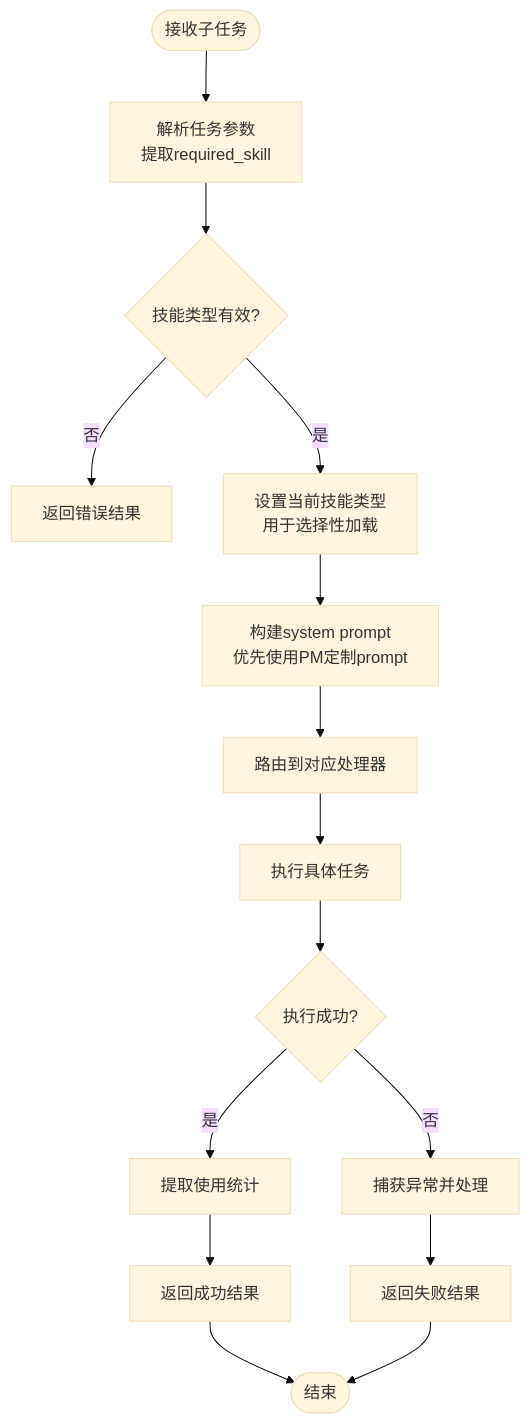
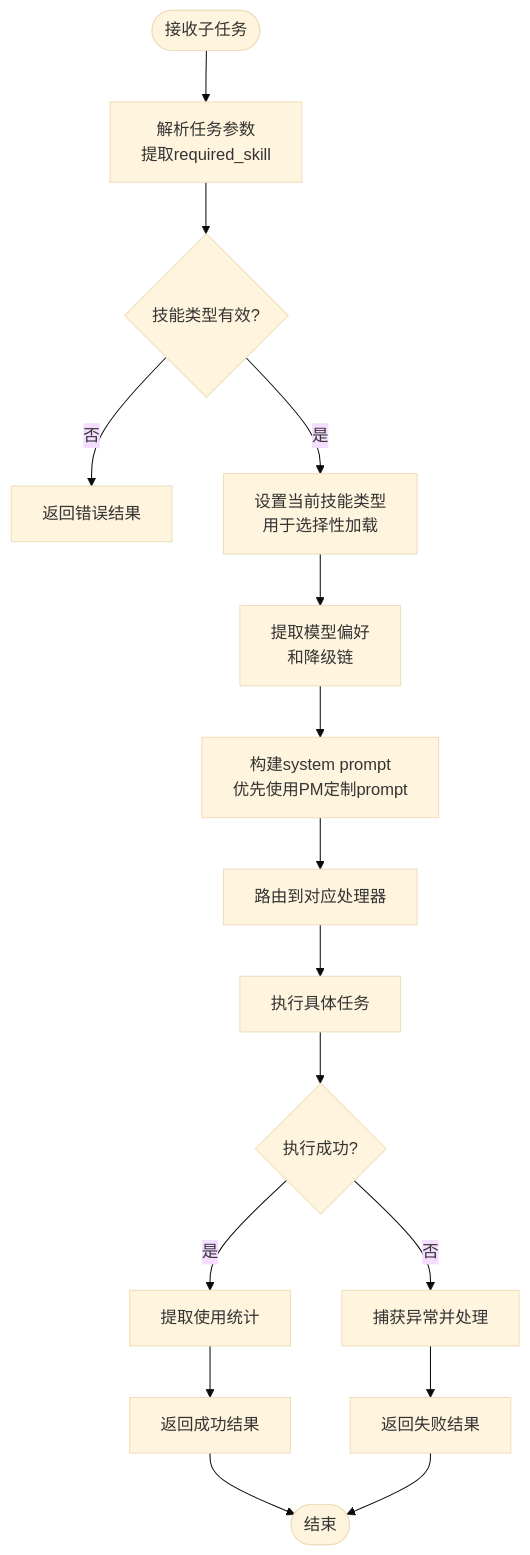
One commit to targalian/Personal-distributed-workstation changed the fourth of 17 diagrams in .qoder/repowiki/zh/content/架构设计/Worker 代理/Agent 能力声明系统/Agent 运行时管理.md. Above: the diagram before and after it, drawn with Mermaid (base theme). The commit also changed other lines of this file and 64 other files, not shown here.

````diff
--- a/.qoder/repowiki/zh/content/架构设计/Worker 代理/Agent 能力声明系统/Agent 运行时管理.md
+++ b/.qoder/repowiki/zh/content/架构设计/Worker 代理/Agent 能力声明系统/Agent 运行时管理.md
@@ -218,17 +248,18 @@
 ```mermaid
 flowchart TD
 Start([接收子任务]) --> Parse["解析任务参数<br/>提取required_skill"]
 Parse --> Validate{"技能类型有效?"}
 Validate --> |否| ReturnError["返回错误结果"]
 Validate --> |是| SetSkill["设置当前技能类型<br/>用于选择性加载"]
-SetSkill --> BuildPrompt["构建system prompt<br/>优先使用PM定制prompt"]
+SetSkill --> ExtractModels["提取模型偏好<br/>和降级链"]
+ExtractModels --> BuildPrompt["构建system prompt<br/>优先使用PM定制prompt"]
 BuildPrompt --> Route["路由到对应处理器"]
 Route --> Execute["执行具体任务"]
 Execute --> Success{"执行成功?"}
 Success --> |是| ExtractUsage["提取使用统计"]
 Success --> |否| HandleError["捕获异常并处理"]
 ExtractUsage --> ReturnSuccess["返回成功结果"]
 HandleError --> ReturnFailed["返回失败结果"]
 ReturnSuccess --> End([结束])
 ReturnFailed --> End
 ```
````
